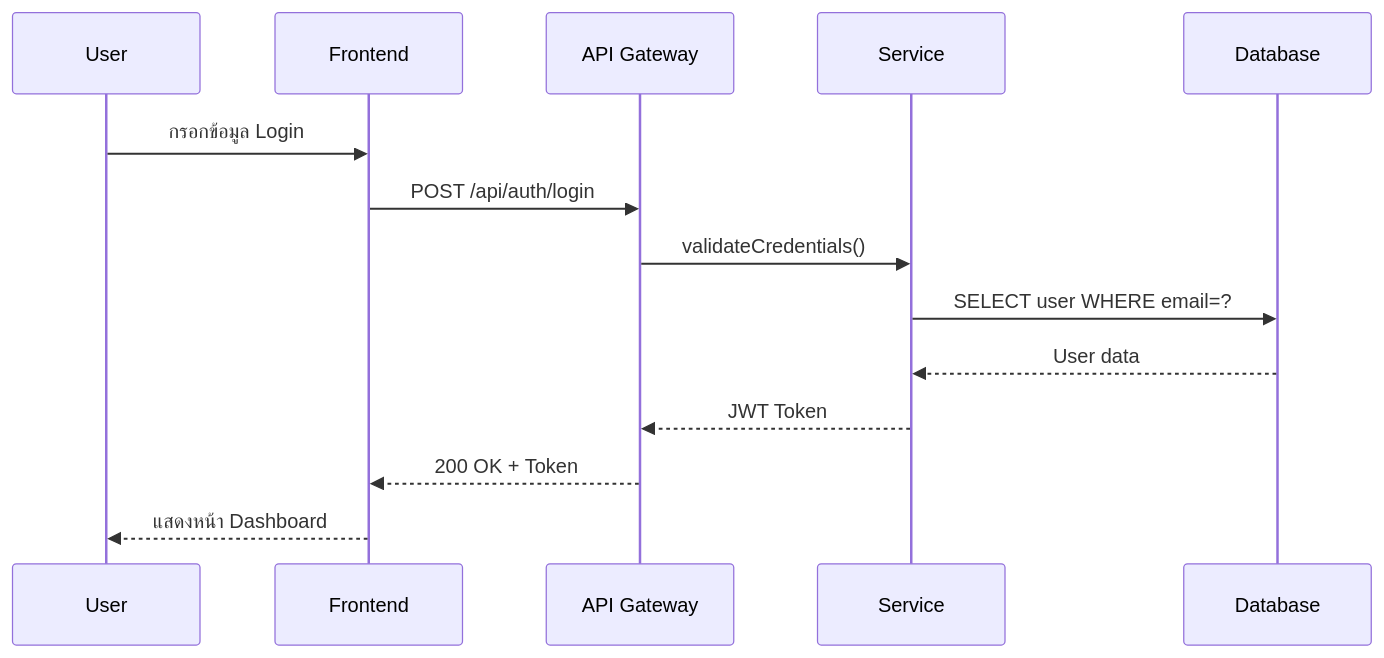
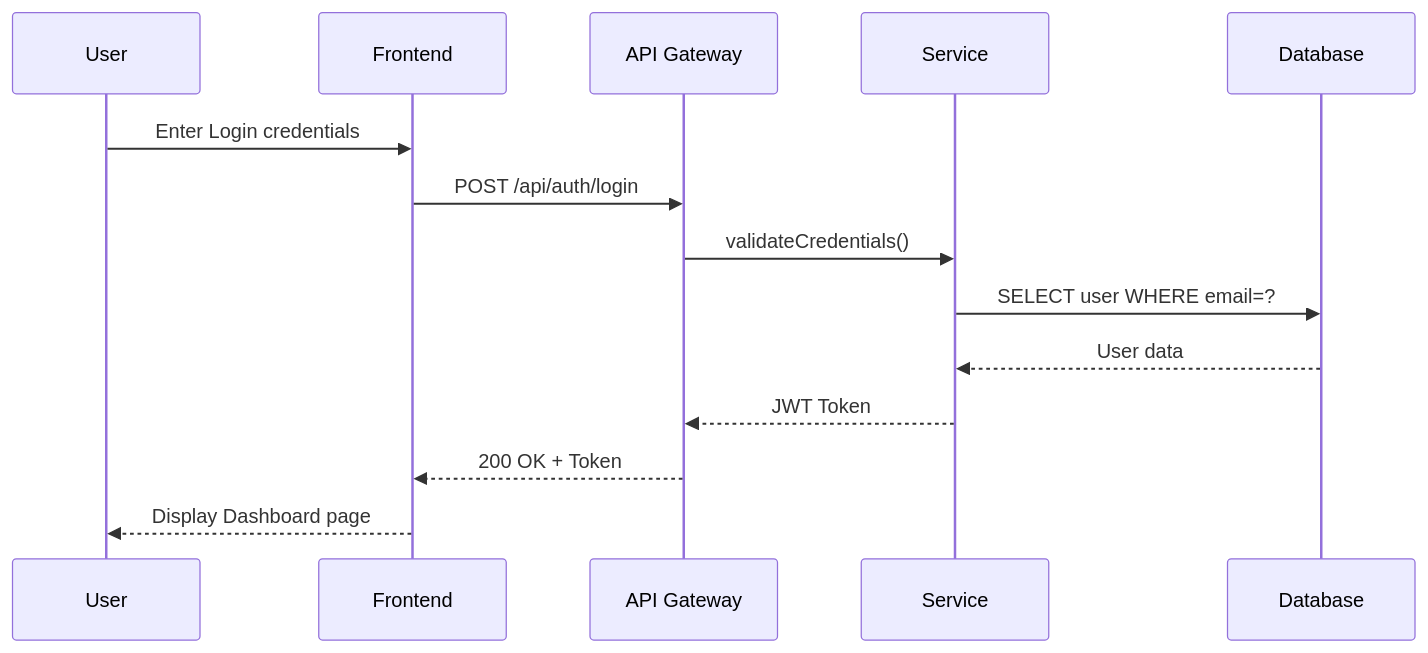
The eighth of 16 diagrams in plugins/system-design-doc/skills/system-design-doc/references/mermaid-patterns.md (mounchons/AgentMarketPlace), drawn with Mermaid before and after one commit. The commit also changed other lines of this file and 51 other files, not shown here.

````diff
--- a/plugins/system-design-doc/skills/system-design-doc/references/mermaid-patterns.md
+++ b/plugins/system-design-doc/skills/system-design-doc/references/mermaid-patterns.md
@@ -155,17 +155,17 @@
 ```mermaid
 sequenceDiagram
     participant U as User
     participant F as Frontend
     participant A as API Gateway
     participant S as Service
     participant D as Database
 
-    U->>F: กรอกข้อมูล Login
+    U->>F: Enter Login credentials
     F->>A: POST /api/auth/login
     A->>S: validateCredentials()
     S->>D: SELECT user WHERE email=?
     D-->>S: User data
     S-->>A: JWT Token
     A-->>F: 200 OK + Token
-    F-->>U: แสดงหน้า Dashboard
+    F-->>U: Display Dashboard page
 ```
````
